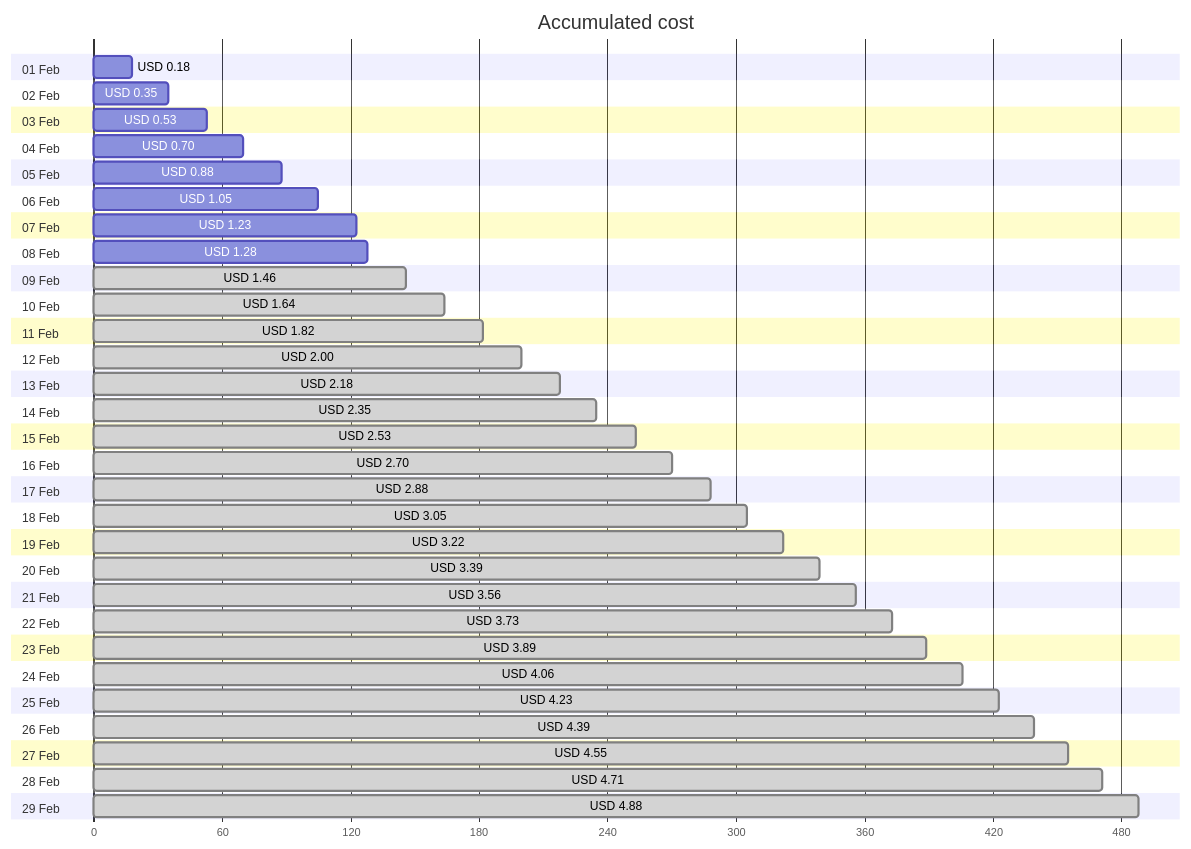
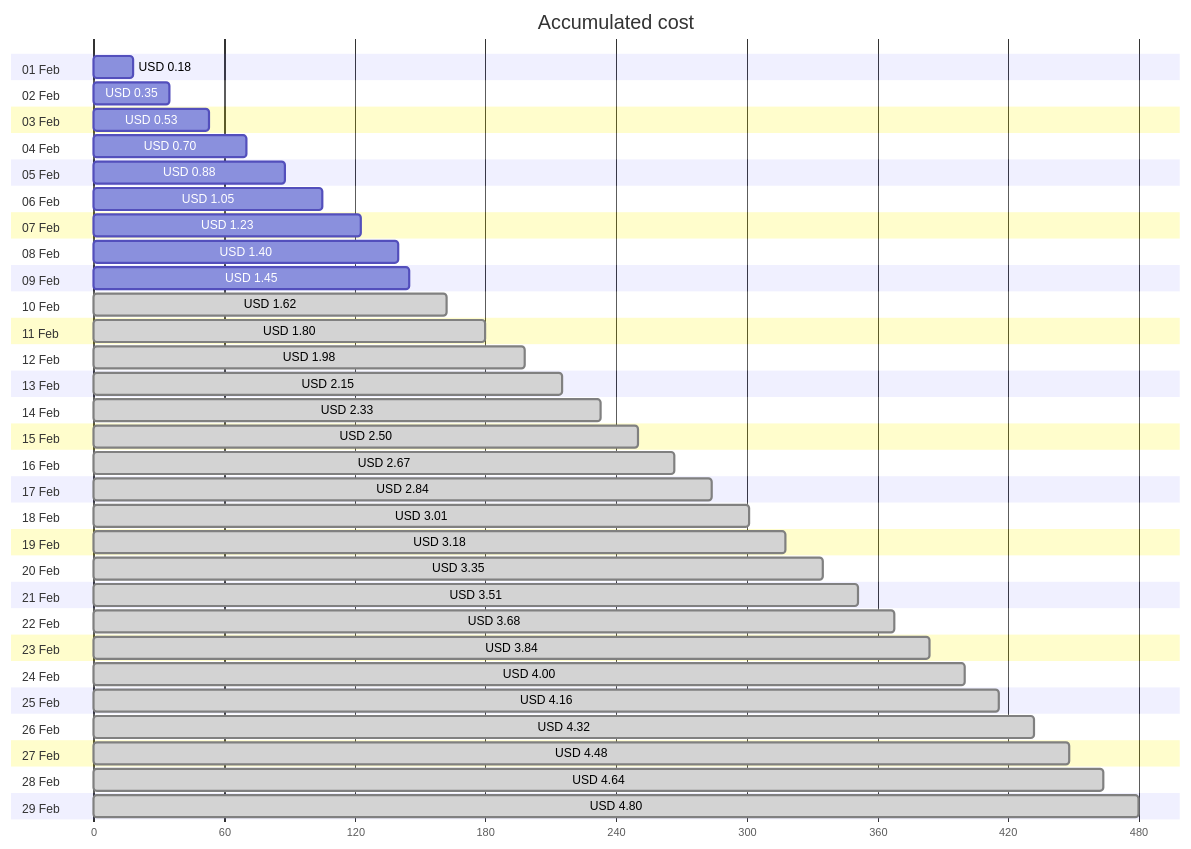
The first of 4 diagrams in cost-reports/personal-network/backup-server.md (jpfulton/azure-personal-reports), drawn with Mermaid before and after one commit. The commit also changed other lines of this file and 8 other files, not shown here.

````diff
--- a/cost-reports/personal-network/backup-server.md
+++ b/cost-reports/personal-network/backup-server.md
@@ -20,64 +20,64 @@
 ```mermaid
 gantt
    title Accumulated cost
    dateFormat  X
    axisFormat %s
    section 01 Feb
    USD 0.18 :0, 18
    section 02 Feb
    USD 0.35 :0, 35
    section 03 Feb
    USD 0.53 :0, 53
    section 04 Feb
    USD 0.70 :0, 70
    section 05 Feb
    USD 0.88 :0, 88
    section 06 Feb
    USD 1.05 :0, 105
    section 07 Feb
    USD 1.23 :0, 123
    section 08 Feb
-   USD 1.28 :0, 128
+   USD 1.40 :0, 140
    section 09 Feb
-   USD 1.46 : done, 0, 146
+   USD 1.45 :0, 145
    section 10 Feb
-   USD 1.64 : done, 0, 164
+   USD 1.62 : done, 0, 162
    section 11 Feb
-   USD 1.82 : done, 0, 182
+   USD 1.80 : done, 0, 180
    section 12 Feb
-   USD 2.00 : done, 0, 200
+   USD 1.98 : done, 0, 198
    section 13 Feb
-   USD 2.18 : done, 0, 218
+   USD 2.15 : done, 0, 215
    section 14 Feb
-   USD 2.35 : done, 0, 235
+   USD 2.33 : done, 0, 233
    section 15 Feb
-   USD 2.53 : done, 0, 253
+   USD 2.50 : done, 0, 250
    section 16 Feb
-   USD 2.70 : done, 0, 270
+   USD 2.67 : done, 0, 267
    section 17 Feb
-   USD 2.88 : done, 0, 288
+   USD 2.84 : done, 0, 284
    section 18 Feb
-   USD 3.05 : done, 0, 305
+   USD 3.01 : done, 0, 301
    section 19 Feb
-   USD 3.22 : done, 0, 322
+   USD 3.18 : done, 0, 318
    section 20 Feb
-   USD 3.39 : done, 0, 339
+   USD 3.35 : done, 0, 335
    section 21 Feb
-   USD 3.56 : done, 0, 356
+   USD 3.51 : done, 0, 351
    section 22 Feb
-   USD 3.73 : done, 0, 373
+   USD 3.68 : done, 0, 368
    section 23 Feb
-   USD 3.89 : done, 0, 389
+   USD 3.84 : done, 0, 384
    section 24 Feb
-   USD 4.06 : done, 0, 406
+   USD 4.00 : done, 0, 400
    section 25 Feb
-   USD 4.23 : done, 0, 423
+   USD 4.16 : done, 0, 416
    section 26 Feb
-   USD 4.39 : done, 0, 439
+   USD 4.32 : done, 0, 432
    section 27 Feb
-   USD 4.55 : done, 0, 455
+   USD 4.48 : done, 0, 448
    section 28 Feb
-   USD 4.71 : done, 0, 471
+   USD 4.64 : done, 0, 464
    section 29 Feb
-   USD 4.88 : done, 0, 488
+   USD 4.80 : done, 0, 480
 ```
````
